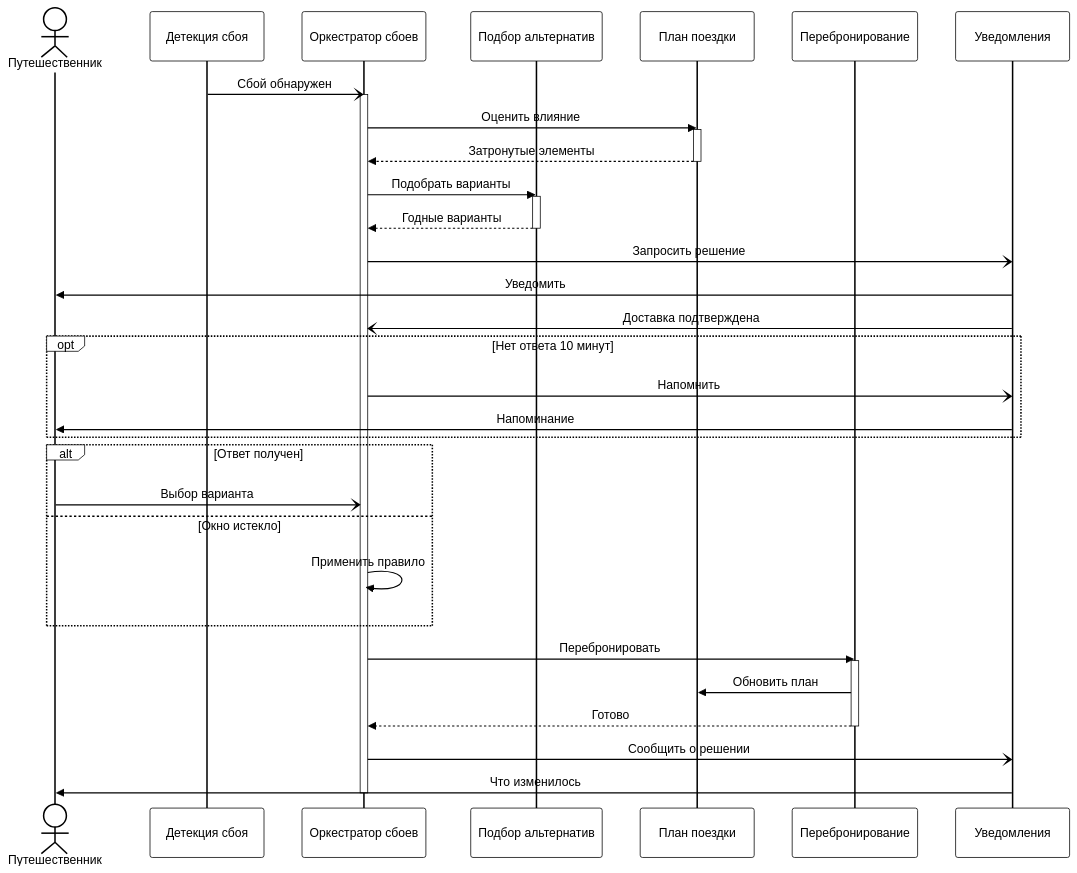
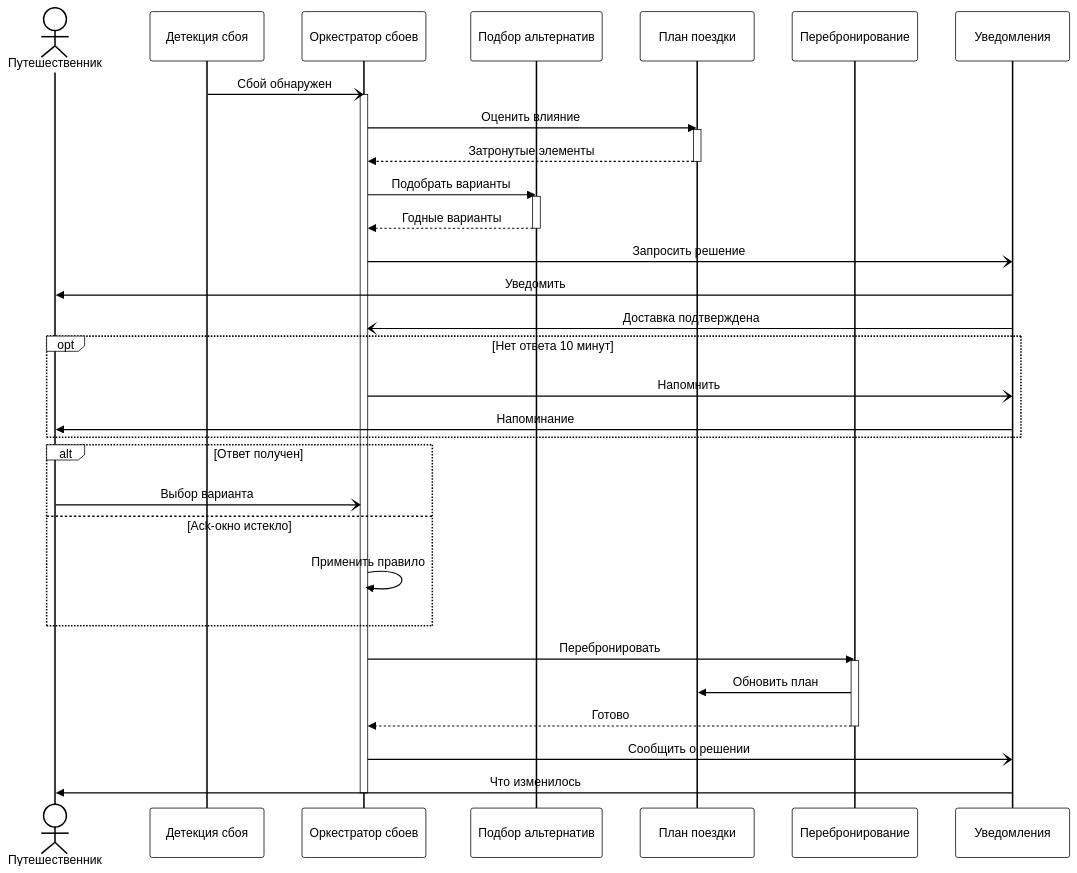
Before and after one commit to MaxLast-star/TravelTech: the diagram in docs/architecture/dynamic-irops.mdx, drawn with Mermaid. The commit also changed other lines of this file and 31 other files, not shown here.

````diff
--- a/docs/architecture/dynamic-irops.mdx
+++ b/docs/architecture/dynamic-irops.mdx
@@ -18,45 +18,45 @@
 ```mermaid
 %%{init: {"theme":"base","themeVariables":{"fontFamily":"inherit","primaryColor":"#ffffff","primaryBorderColor":"#000000","primaryTextColor":"#000000","lineColor":"#000000","textColor":"#000000","actorBkg":"#ffffff","actorBorder":"#000000","actorTextColor":"#000000","actorLineColor":"#000000","signalColor":"#000000","signalTextColor":"#000000","labelBoxBkgColor":"#ffffff","labelBoxBorderColor":"#000000","labelTextColor":"#000000","loopTextColor":"#000000","activationBkgColor":"#ffffff","activationBorderColor":"#000000","noteBkgColor":"#ffffff","noteBorderColor":"#000000","noteTextColor":"#000000"}} }%%
 sequenceDiagram
     actor T as Путешественник
     participant D as Детекция сбоя
     participant O as Оркестратор сбоев
     participant S as Подбор альтернатив
     participant P as План поездки
     participant R as Перебронирование
     participant N as Уведомления
 
     D -) O: Сбой обнаружен
     activate O
     O ->> P: Оценить влияние
     activate P
     P -->> O: Затронутые элементы
     deactivate P
     O ->> S: Подобрать варианты
     activate S
     S -->> O: Годные варианты
     deactivate S
     O -) N: Запросить решение
     N ->> T: Уведомить
     N -) O: Доставка подтверждена
 
     opt Нет ответа 10 минут
         O -) N: Напомнить
         N ->> T: Напоминание
     end
 
     alt Ответ получен
         T -) O: Выбор варианта
-    else Окно истекло
+    else Ack-окно истекло
         O ->> O: Применить правило
     end
 
     O ->> R: Перебронировать
     activate R
     R ->> P: Обновить план
     R -->> O: Готово
     deactivate R
     O -) N: Сообщить о решении
     N ->> T: Что изменилось
     deactivate O
 ```
````
